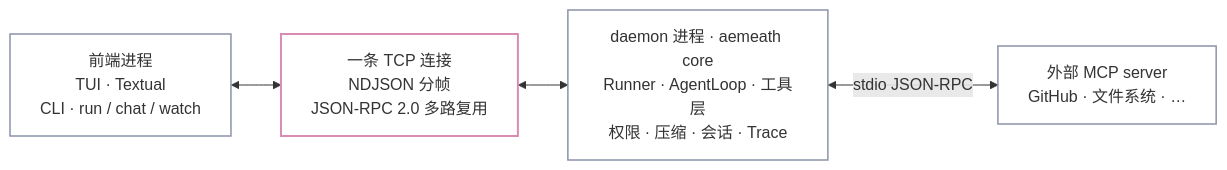
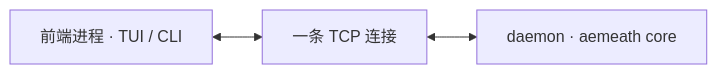
The first of 2 diagrams in README.md (Nijikasuki/AemeathCode), drawn with Mermaid before and after one commit. The commit also changed other lines of this file and 4 other files, not shown here.

First line of the commit message:
docs: README 去掉正文加粗,重画架构图,替换截图

````diff
--- a/README.md
+++ b/README.md
@@ -171,16 +173,9 @@
 ```mermaid
 flowchart LR
-    FE["前端进程<br/>TUI · Textual<br/>CLI · run / chat / watch"]
-    LINK["一条 TCP 连接<br/>NDJSON 分帧<br/>JSON-RPC 2.0 多路复用"]
-    BE["daemon 进程 · aemeath core<br/>Runner · AgentLoop · 工具层<br/>权限 · 压缩 · 会话 · Trace"]
-    MCPS["外部 MCP server<br/>GitHub · 文件系统 · …"]
+    FE["前端进程 · TUI / CLI"]
+    LINK["一条 TCP 连接"]
+    BE["daemon · aemeath core"]
 
     FE <--> LINK
     LINK <--> BE
-    BE <-->|"stdio JSON-RPC"| MCPS
-
-    classDef box fill:none,stroke:#8b93a7,stroke-width:1.5px
-    classDef wire fill:none,stroke:#d98cb3,stroke-width:2px
-    class FE,BE,MCPS box
-    class LINK wire
 ```
````
